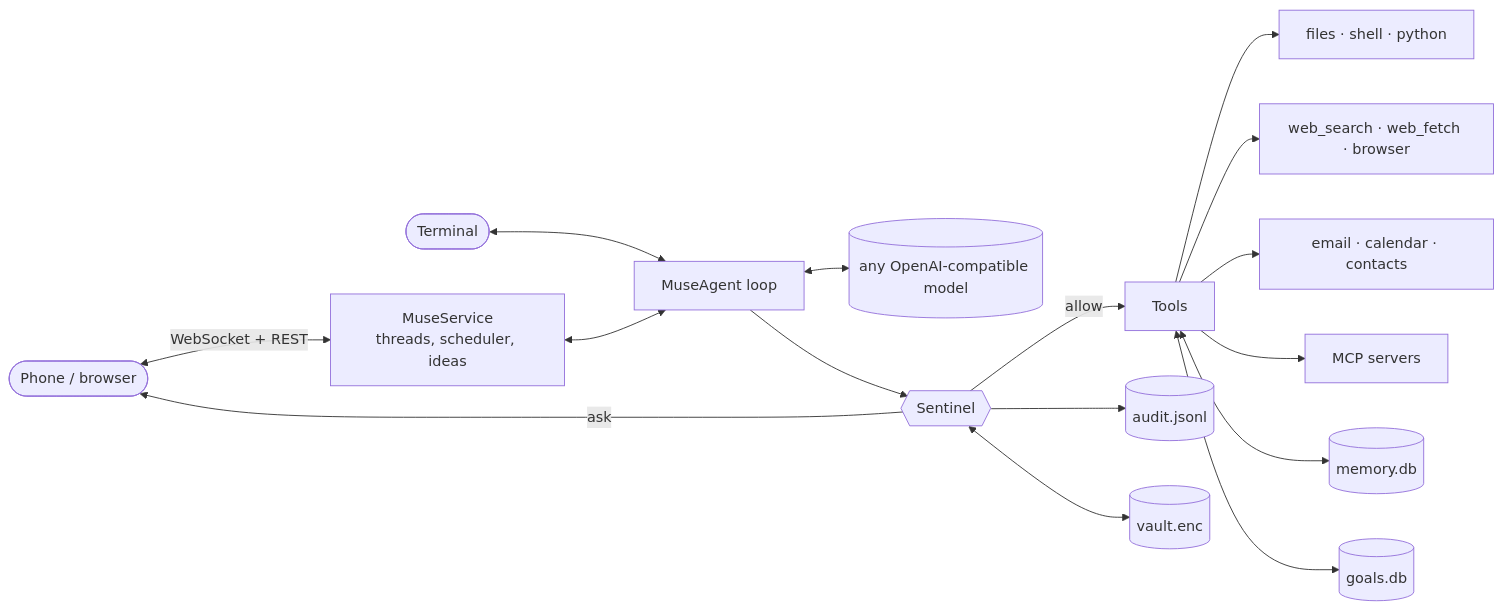
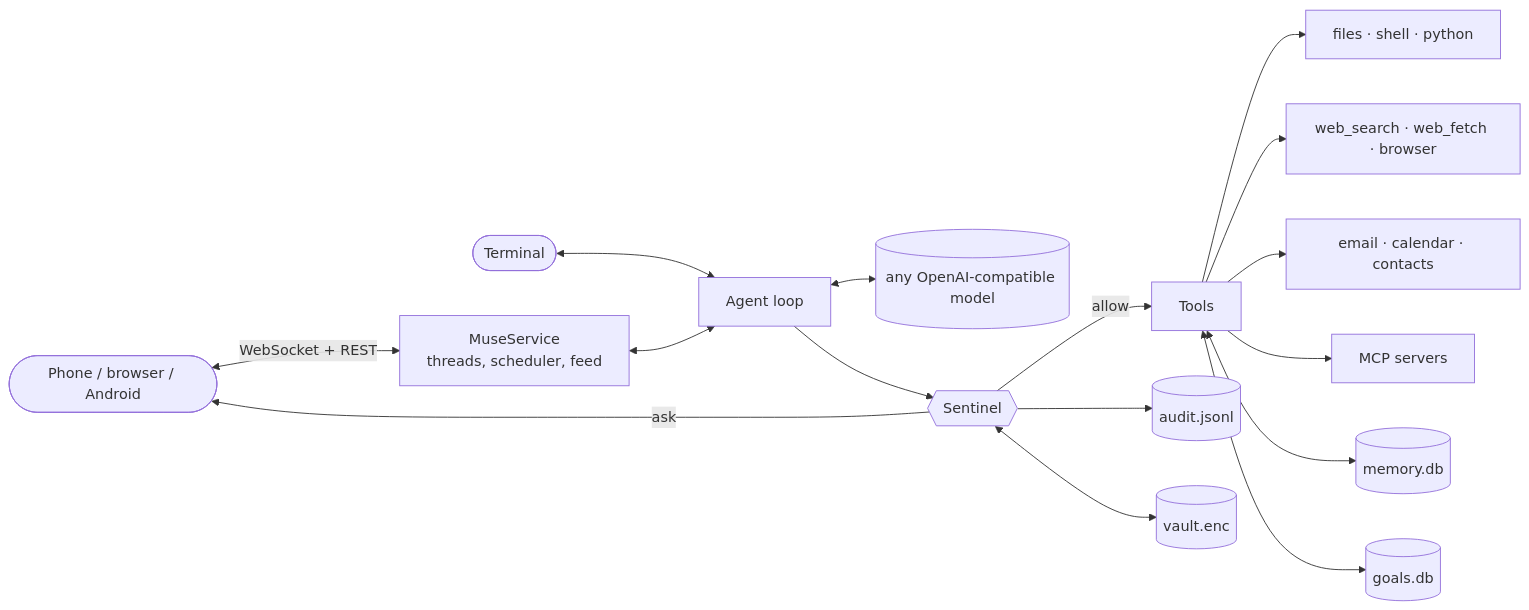
One commit to ArthurLemaire/CypherOS changed the diagram in README.md. Above: the diagram before and after it, drawn with Mermaid. The commit also changed other lines of this file and 12 other files, not shown here.

````diff
--- a/README.md
+++ b/README.md
@@ -184,18 +183,18 @@
 ```mermaid
 flowchart LR
-    P([Phone / browser]) <-- WebSocket + REST --> S[MuseService<br/>threads, scheduler, ideas]
+    P([Phone / browser / Android]) <-- WebSocket + REST --> S[MuseService<br/>threads, scheduler, feed]
     C([Terminal]) <--> A
-    S <--> A[MuseAgent loop]
+    S <--> A[Agent loop]
     A <--> LLM[(any OpenAI-compatible model)]
     A --> G{{Sentinel}}
     G -- allow --> T[Tools]
     G -- ask --> P
     G --> AU[(audit.jsonl)]
     G <--> V[(vault.enc)]
     T --> F[files · shell · python]
     T --> W[web_search · web_fetch · browser]
     T --> E[email · calendar · contacts]
     T --> MCP[MCP servers]
     T <--> M[(memory.db)]
     T <--> GO[(goals.db)]
 ```
````
